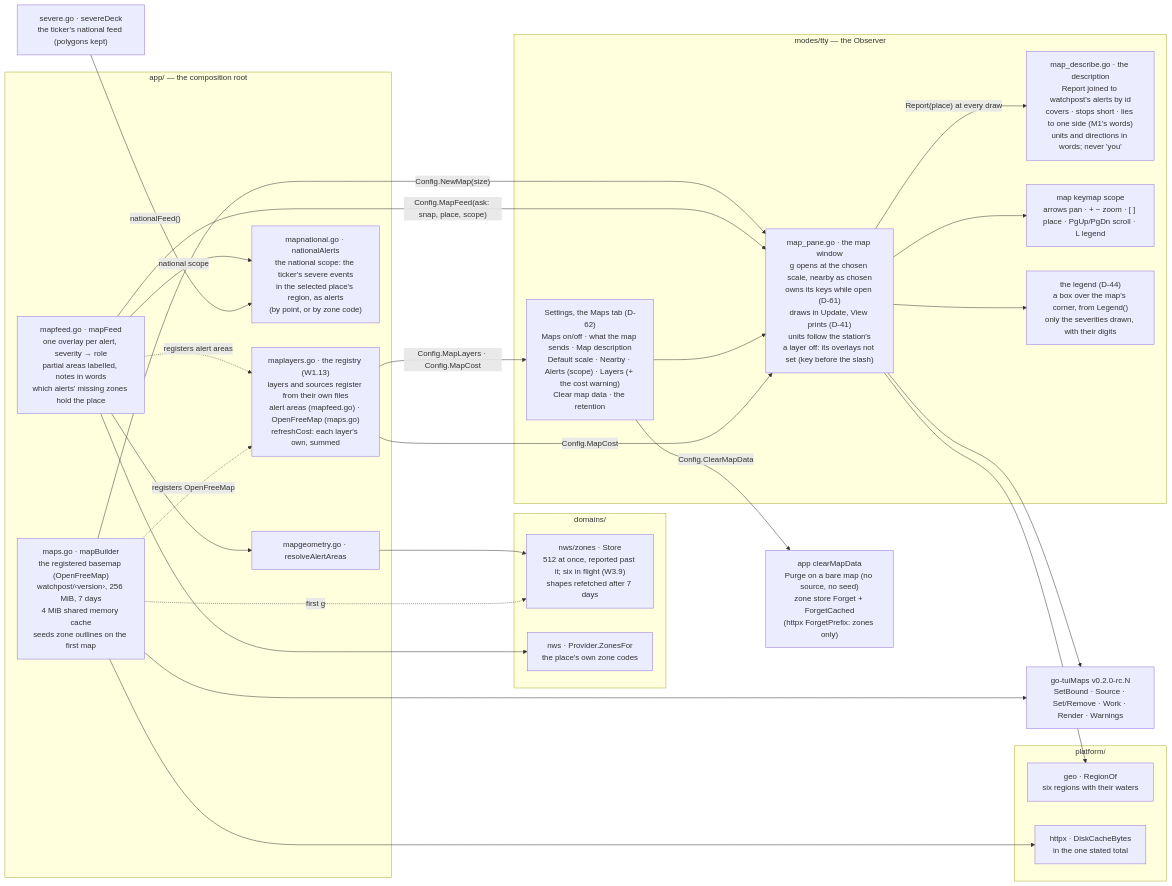
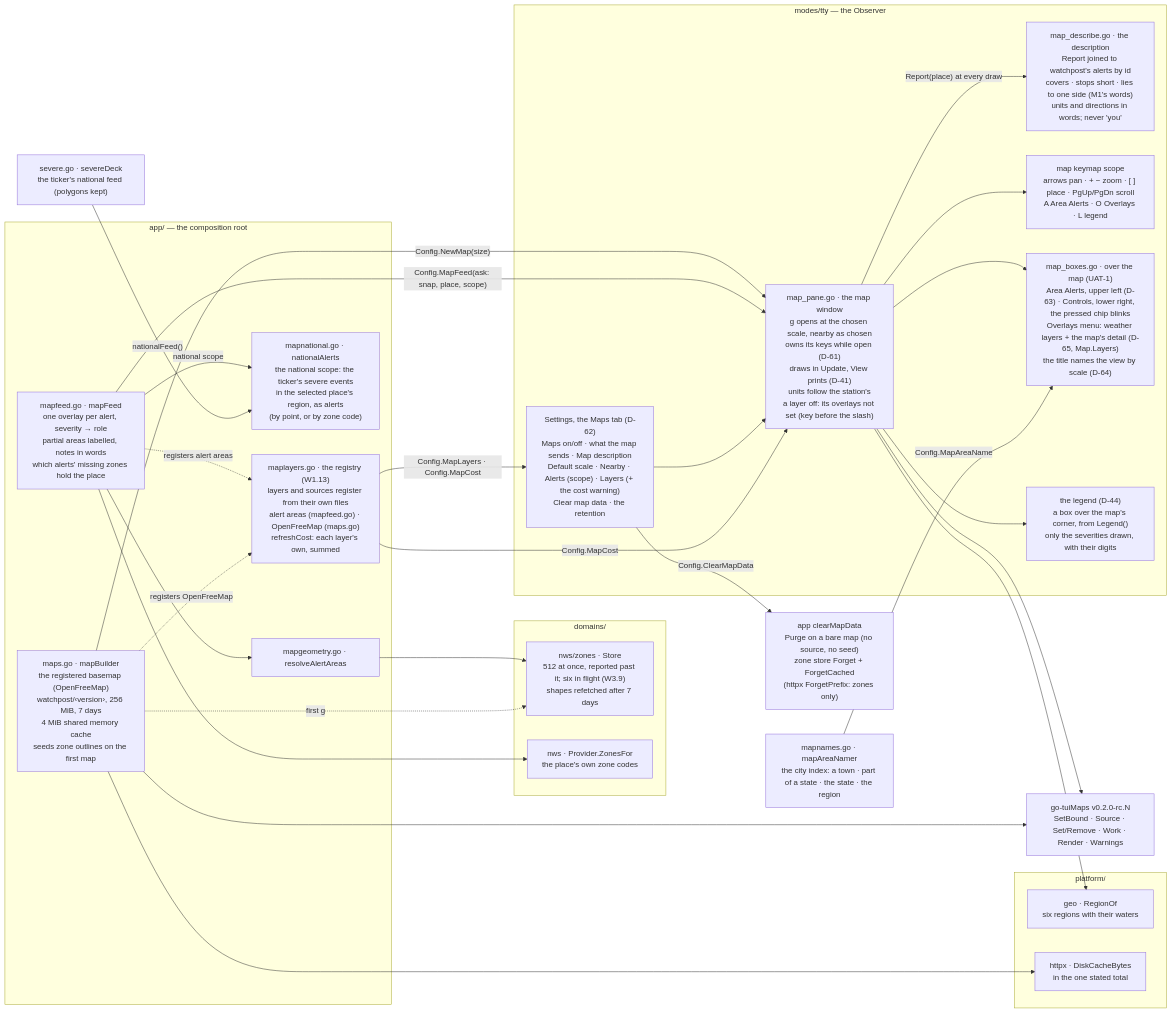
One commit to branden-thompson/watchpost changed the first of 4 diagrams in 06_docs/02_features/observer-maps/03-architecture-design/as-built-map.md. Above: the diagram before and after it, drawn with Mermaid. The commit also changed other lines of this file and 35 other files, not shown here.

````diff
--- a/06_docs/02_features/observer-maps/03-architecture-design/as-built-map.md
+++ b/06_docs/02_features/observer-maps/03-architecture-design/as-built-map.md
@@ -21,46 +21,49 @@
 ```mermaid
 flowchart LR
   subgraph app["app/ — the composition root"]
     MB["maps.go · mapBuilder\nthe registered basemap (OpenFreeMap)\nwatchpost/‹version›, 256 MiB, 7 days\n4 MiB shared memory cache\nseeds zone outlines on the first map"]
     REG["maplayers.go · the registry (W1.13)\nlayers and sources register from their own files\nalert areas (mapfeed.go) · OpenFreeMap (maps.go)\nrefreshCost: each layer's own, summed"]
     MF["mapfeed.go · mapFeed\none overlay per alert, severity → role\npartial areas labelled, notes in words\nwhich alerts' missing zones hold the place"]
     MG["mapgeometry.go · resolveAlertAreas"]
     MN["mapnational.go · nationalAlerts\nthe national scope: the ticker's severe events\nin the selected place's region, as alerts\n(by point, or by zone code)"]
   end
   subgraph domains["domains/"]
     ZS["nws/zones · Store\n512 at once, reported past it; six in flight (W3.9)\nshapes refetched after 7 days"]
     WS["nws · Provider.ZonesFor\nthe place's own zone codes"]
   end
   subgraph tty["modes/tty — the Observer"]
     MW["map_pane.go · the map window\ng opens at the chosen scale, nearby as chosen\nowns its keys while open (D-61)\ndraws in Update, View prints (D-41)\nunits follow the station's\na layer off: its overlays not set (key before the slash)"]
     MD["map_describe.go · the description\nReport joined to watchpost's alerts by id\ncovers · stops short · lies to one side (M1's words)\nunits and directions in words; never 'you'"]
-    MK["map keymap scope\narrows pan · + − zoom · [ ] place · PgUp/PgDn scroll · L legend"]
+    MK["map keymap scope\narrows pan · + − zoom · [ ] place · PgUp/PgDn scroll\nA Area Alerts · O Overlays · L legend"]
+    BX["map_boxes.go · over the map (UAT-1)\nArea Alerts, upper left (D-63) · Controls, lower right, the pressed chip blinks\nOverlays menu: weather layers + the map's detail (D-65, Map.Layers)\nthe title names the view by scale (D-64)"]
     LG["the legend (D-44)\na box over the map's corner, from Legend()\nonly the severities drawn, with their digits"]
     ST2["Settings, the Maps tab (D-62)\nMaps on/off · what the map sends · Map description\nDefault scale · Nearby · Alerts (scope) · Layers (+ the cost warning)\nClear map data · the retention"]
   end
   subgraph plat["platform/"]
     RG["geo · RegionOf\nsix regions with their waters"]
     HX["httpx · DiskCacheBytes\nin the one stated total"]
   end
   L["go-tuiMaps v0.2.0-rc.N\nSetBound · Source · Set/Remove · Work · Render · Warnings"]
   MB -- "Config.NewMap(size)" --> MW
   MF -- "Config.MapFeed(ask: snap, place, scope)" --> MW
   MF --> MG --> ZS
   MF -- "national scope" --> MN
   SD["severe.go · severeDeck\nthe ticker's national feed (polygons kept)"] -- "nationalFeed()" --> MN
   MF --> WS
   MB -. "first g" .-> ZS
   MW --> RG
   MW --> MK
   MW --> LG
+  MW --> BX
+  NM["mapnames.go · mapAreaNamer\nthe city index: a town · part of a state · the state · the region"] -- "Config.MapAreaName" --> BX
   ST2 --> MW
   ST2 -- "Config.ClearMapData" --> CL["app clearMapData\nPurge on a bare map (no source, no seed)\nzone store Forget + ForgetCached\n(httpx ForgetPrefix: zones only)"]
   MW -- "Report(place) at every draw" --> MD
   MW --> L
   MB --> L
   MB --> HX
   MF -. "registers alert areas" .-> REG
   MB -. "registers OpenFreeMap" .-> REG
   REG -- "Config.MapLayers · Config.MapCost" --> ST2
   REG -- "Config.MapCost" --> MW
 ```
````
